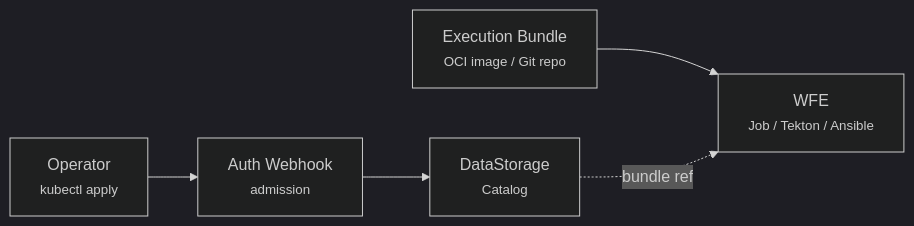
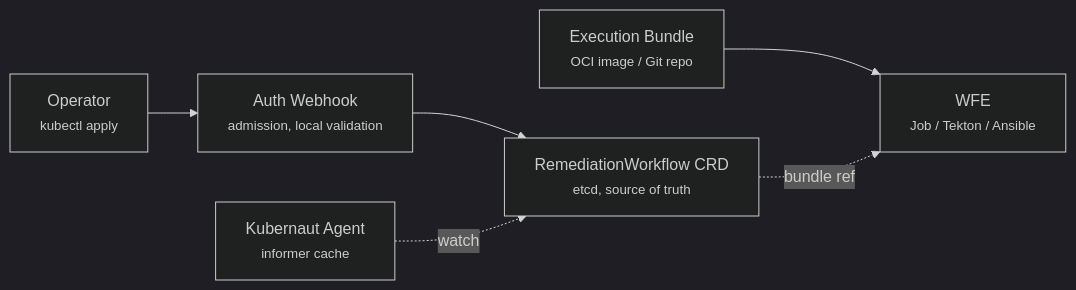
Before and after one commit to jordigilh/kubernaut-docs: the diagram in docs/user-guide/workflows.md, drawn with Mermaid (dark theme). The commit also changed other lines of this file and 1 other file, not shown here.

First line of the commit message:
docs: rewrite workflow catalog docs for v1.6 KA-owned catalog and Fleet cluster label

````diff
--- a/docs/user-guide/workflows.md
+++ b/docs/user-guide/workflows.md
@@ -11,7 +11,8 @@
 ```mermaid
 flowchart LR
-    Op["Operator<br/><small>kubectl apply</small>"] --> AW["Auth Webhook<br/><small>admission</small>"]
-    AW --> DS["DataStorage<br/><small>Catalog</small>"]
+    Op["Operator<br/><small>kubectl apply</small>"] --> AW["Auth Webhook<br/><small>admission, local validation</small>"]
+    AW --> ETCD["RemediationWorkflow CRD<br/><small>etcd, source of truth</small>"]
+    KA["Kubernaut Agent<br/><small>informer cache</small>"] -.->|"watch"| ETCD
     Bundle["Execution Bundle<br/><small>OCI image / Git repo</small>"] --> WFE["WFE<br/><small>Job / Tekton / Ansible</small>"]
-    DS -.->|"bundle ref"| WFE
+    ETCD -.->|"bundle ref"| WFE
 ```
````
